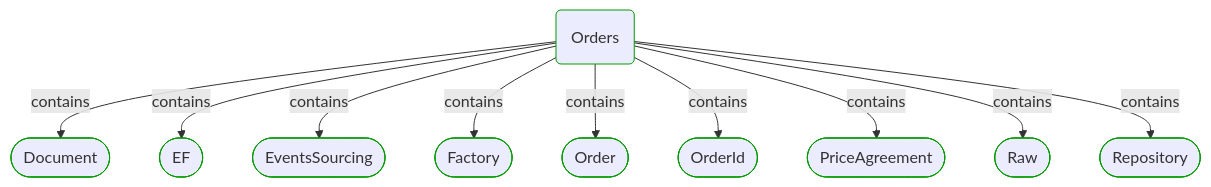
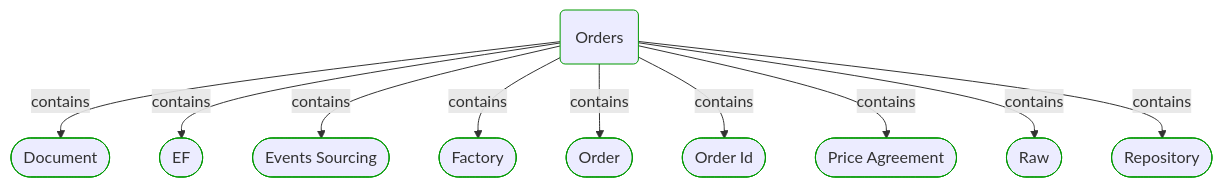
One commit to itlibrium/DDD-starter-dotnet changed the third of 5 diagrams in Docs/P3/MermaidOutput/Modules/Sales/Orders/Orders.md. Above: the diagram before and after it, drawn with Mermaid. The commit also changed other lines of this file and 174 other files, not shown here.

````diff
--- a/Docs/P3/MermaidOutput/Modules/Sales/Orders/Orders.md
+++ b/Docs/P3/MermaidOutput/Modules/Sales/Orders/Orders.md
@@ -54,35 +57,35 @@
 ```mermaid
   flowchart TB
     0(Orders)
     class 0 DomainPerspective
     1([Document])
     class 1 DomainPerspective
     0-->|contains|1
     2([EF])
     class 2 DomainPerspective
     0-->|contains|2
-    3([EventsSourcing])
+    3([Events Sourcing])
     class 3 DomainPerspective
     0-->|contains|3
     4([Factory])
     class 4 DomainPerspective
     0-->|contains|4
     5([Order])
     class 5 DomainPerspective
     0-->|contains|5
-    6([OrderId])
+    6([Order Id])
     class 6 DomainPerspective
     0-->|contains|6
-    7([PriceAgreement])
+    7([Price Agreement])
     class 7 DomainPerspective
     0-->|contains|7
     8([Raw])
     class 8 DomainPerspective
     0-->|contains|8
     9([Repository])
     class 9 DomainPerspective
     0-->|contains|9
     classDef DomainPerspective stroke:#009900
     classDef TechnologyPerspective stroke:#1F41EB
     classDef PeoplePerspective stroke:#FFF014
 ```
````
